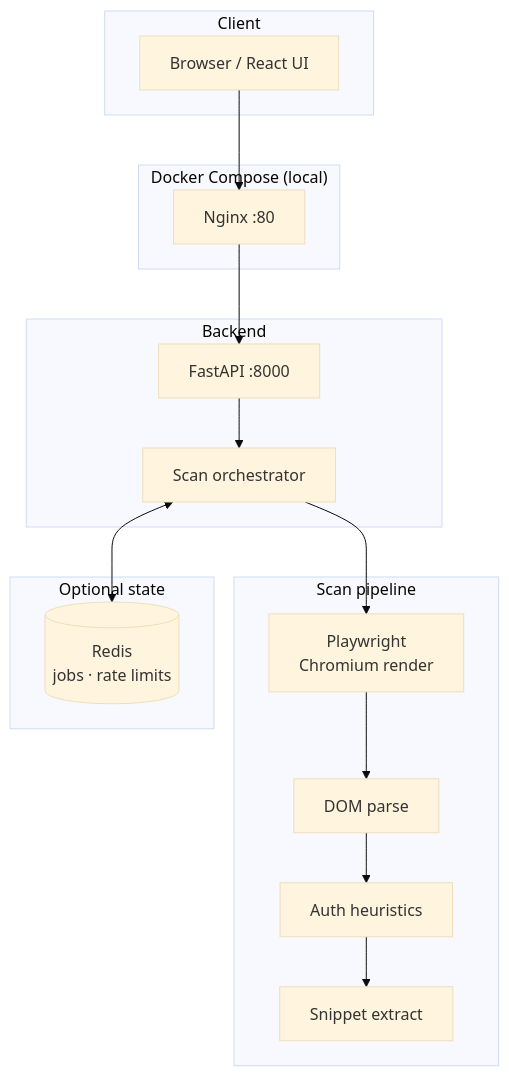
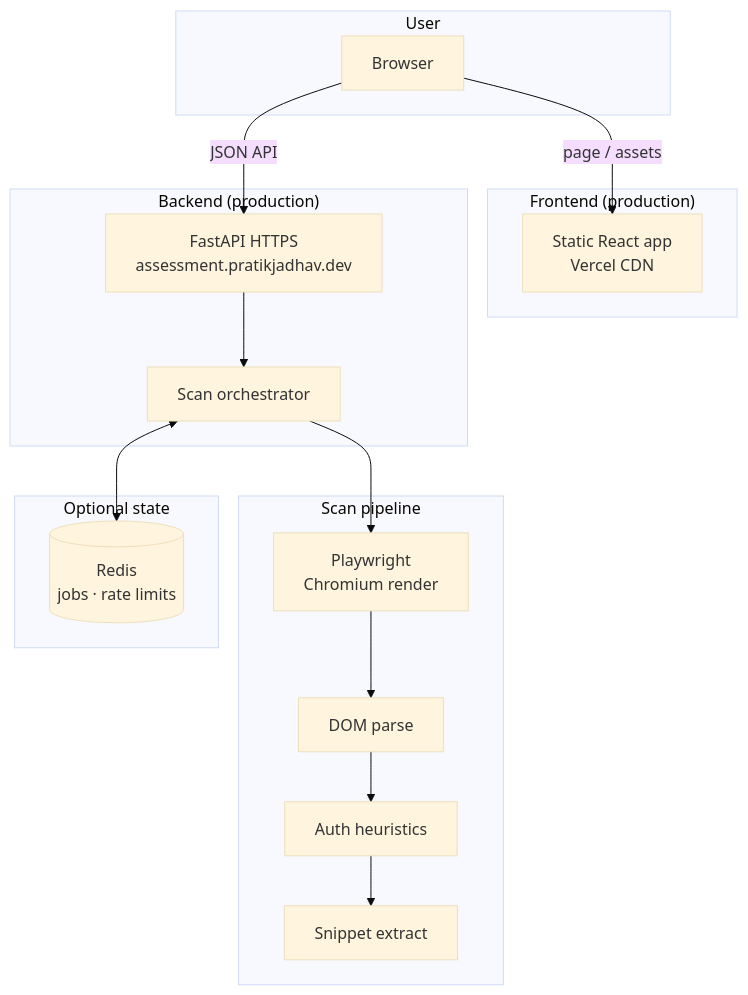
Before and after one commit to pratikjadhav2726/Assessment_Get_covered: the diagram in README.md, drawn with Mermaid (base theme). The commit also changed other lines of this file, not shown here.

Commit message:
Update README to clarify deployment architecture and local setup
- Revised deployment section to specify split production architecture with Vercel for the frontend and HTTPS for the API.
- Updated flowchart to reflect changes in the system components and their interactions.
- Clarified local Docker Compose usage with Nginx as a reverse proxy for development purposes.

````diff
--- a/README.md
+++ b/README.md
@@ -14,32 +14,33 @@
 ```mermaid
 flowchart TB
-    subgraph client["Client"]
-        Browser["Browser / React UI"]
+    subgraph user["User"]
+        Browser["Browser"]
     end
 
-    subgraph edge["Docker Compose (local)"]
-        Nginx["Nginx :80"]
+    subgraph fe["Frontend (production)"]
+        Vercel["Static React app<br/>Vercel CDN"]
     end
 
-    subgraph api["Backend"]
-        FastAPI["FastAPI :8000"]
+    subgraph api["Backend (production)"]
+        FastAPI["FastAPI HTTPS<br/>assessment.pratikjadhav.dev"]
         Orchestrator["Scan orchestrator"]
         FastAPI --> Orchestrator
     end
 
     subgraph scan["Scan pipeline"]
         PW["Playwright<br/>Chromium render"]
         DOM["DOM parse"]
         Heur["Auth heuristics"]
         Snip["Snippet extract"]
         PW --> DOM --> Heur --> Snip
     end
 
     subgraph state["Optional state"]
         Redis[("Redis<br/>jobs · rate limits")]
     end
 
-    Browser --> Nginx --> FastAPI
+    Browser -->|page / assets| Vercel
+    Browser -->|JSON API| FastAPI
     Orchestrator --> PW
     Orchestrator <--> Redis
 ```
````
